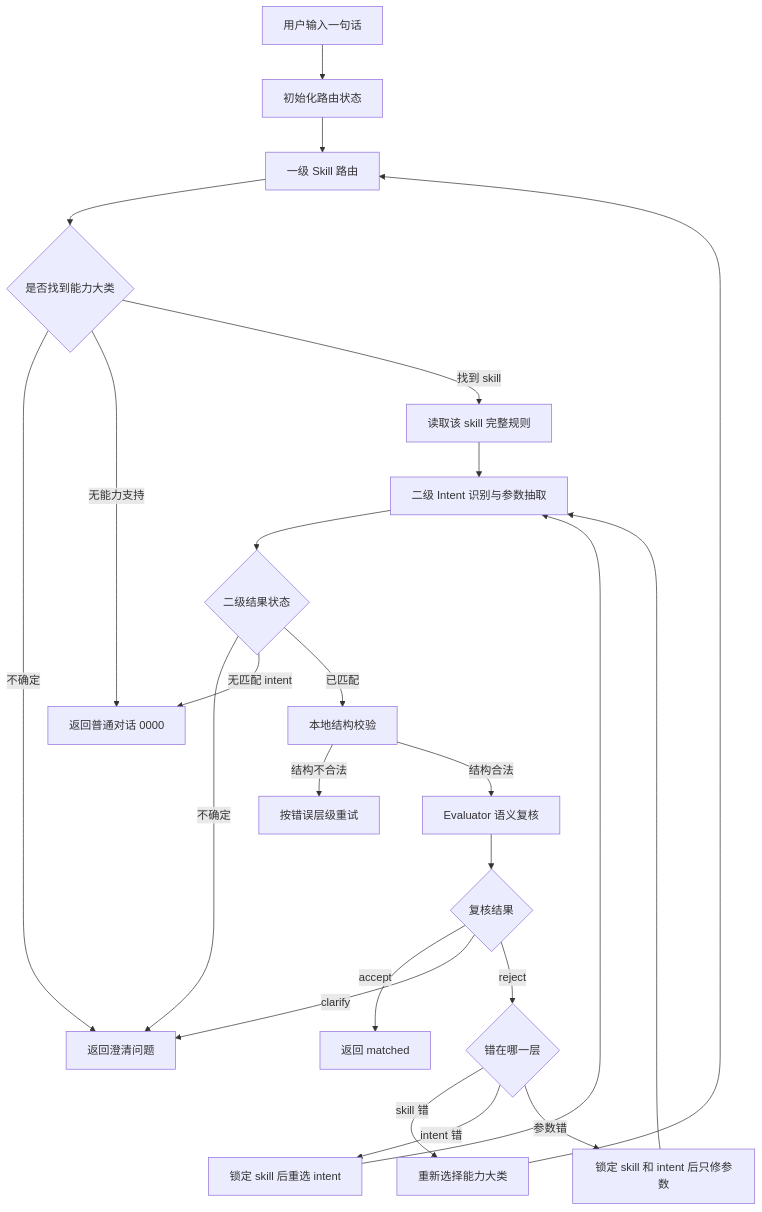
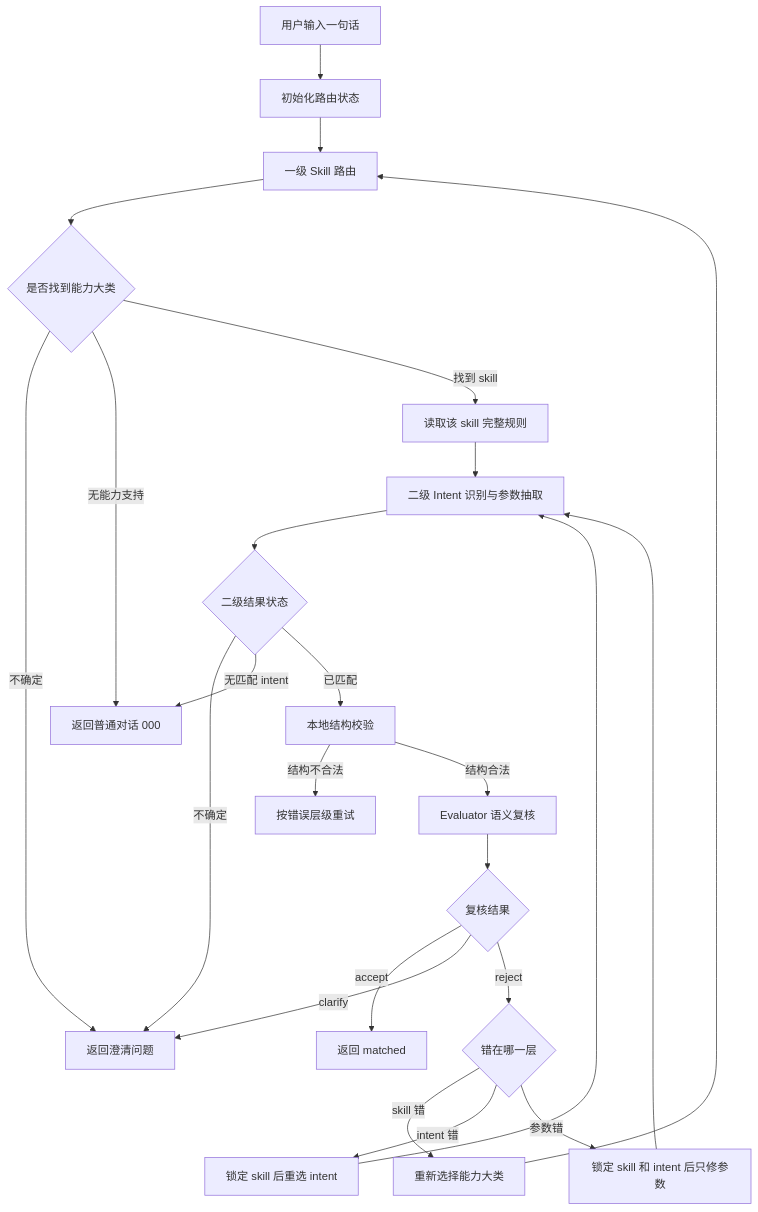
Before and after one commit to zhongdixiu/mcloud_intents_loop: the second of 5 diagrams in 意图识别项目进展汇报.md, drawn with Mermaid. The commit also changed other lines of this file and 16 other files, not shown here.

````diff
--- a/意图识别项目进展汇报.md
+++ b/意图识别项目进展汇报.md
@@ -115,33 +115,33 @@
 ```mermaid
 flowchart TD
     A[用户输入一句话] --> B[初始化路由状态]
     B --> C[一级 Skill 路由]
     C --> D{是否找到能力大类}
 
     D -->|不确定| Q1[返回澄清问题]
-    D -->|无能力支持| N1[返回普通对话 0000]
+    D -->|无能力支持| N1[返回普通对话 000]
     D -->|找到 skill| E[读取该 skill 完整规则]
 
     E --> F[二级 Intent 识别与参数抽取]
     F --> G{二级结果状态}
 
     G -->|不确定| Q1
     G -->|无匹配 intent| N1
     G -->|已匹配| H[本地结构校验]
 
     H -->|结构不合法| L1[按错误层级重试]
     H -->|结构合法| I[Evaluator 语义复核]
 
     I --> J{复核结果}
     J -->|accept| M[返回 matched]
     J -->|clarify| Q1
     J -->|reject| K{错在哪一层}
 
     K -->|skill 错| R1[重新选择能力大类]
     K -->|intent 错| R2[锁定 skill 后重选 intent]
     K -->|参数错| R3[锁定 skill 和 intent 后只修参数]
 
     R1 --> C
     R2 --> F
     R3 --> F
 ```
````
